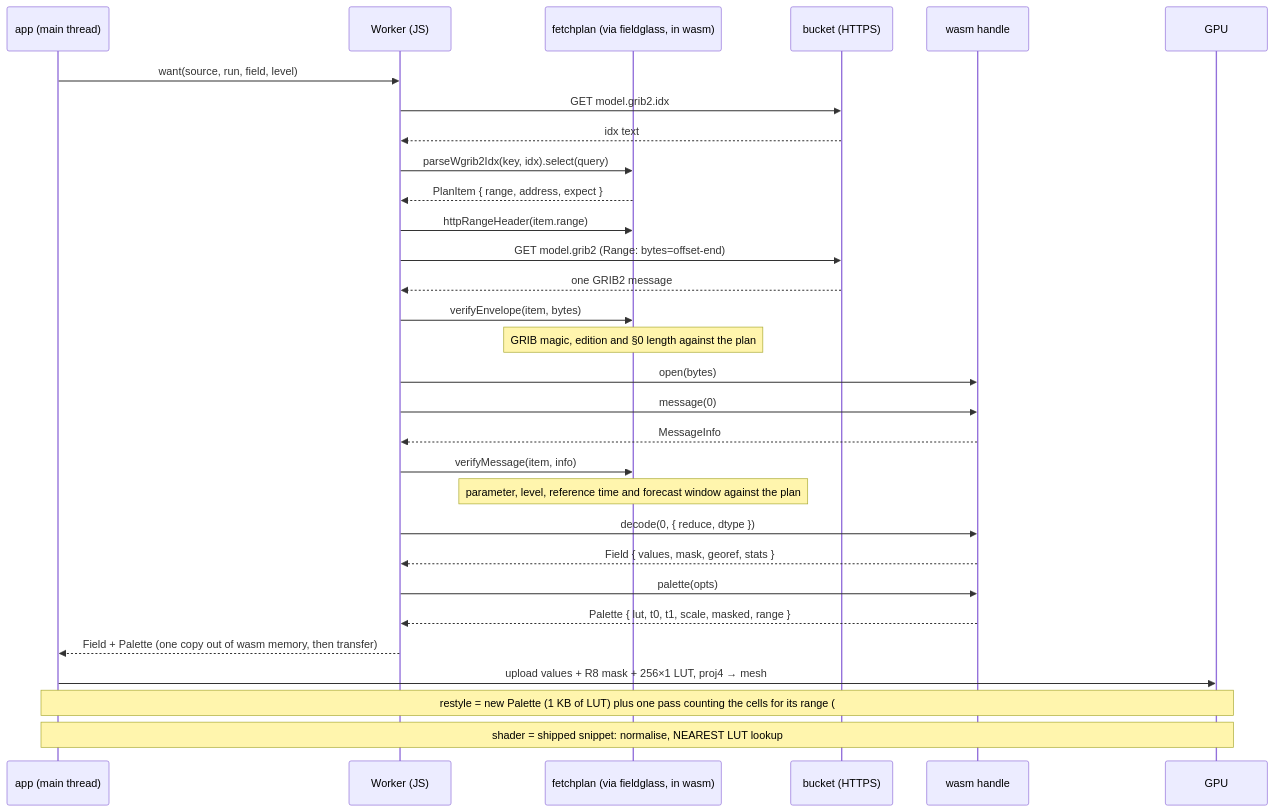
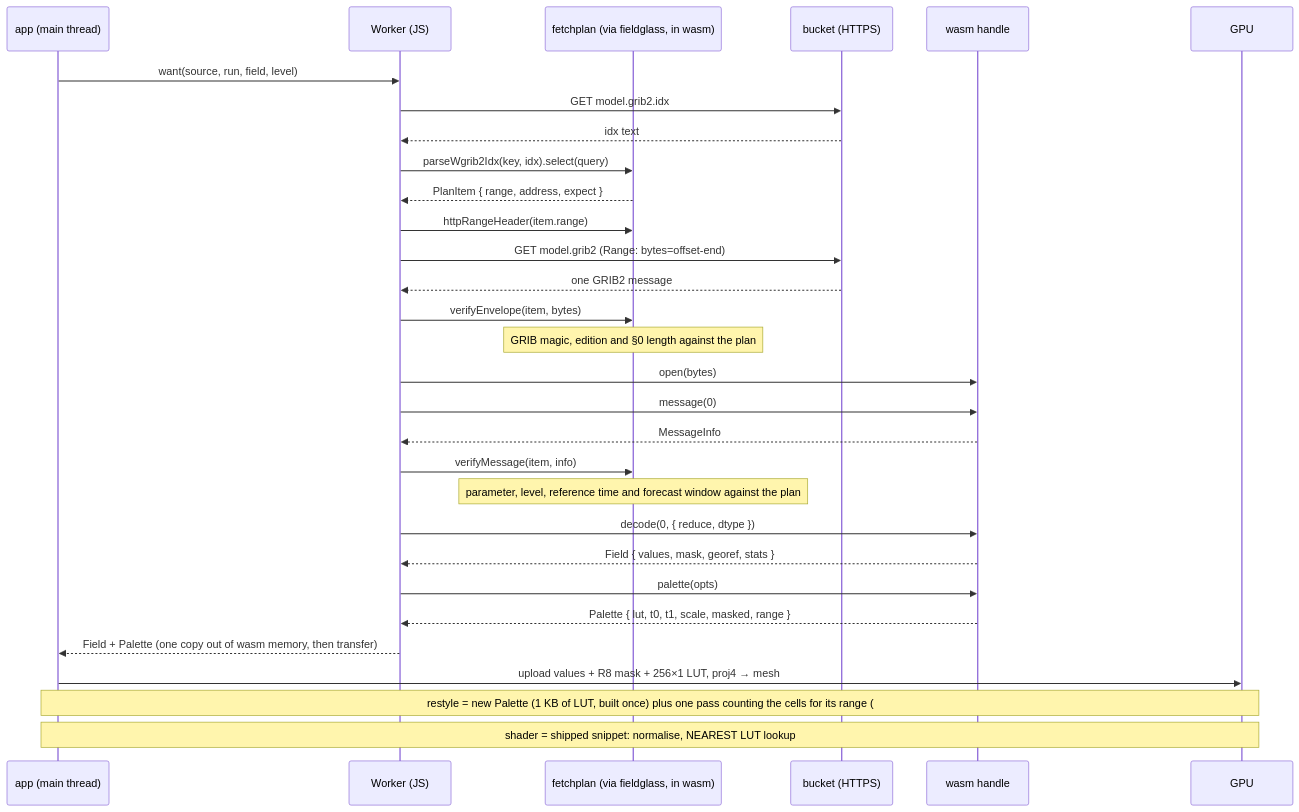
One commit to D0ubleD0uble/fieldglass changed the third of 3 diagrams in docs/architecture/planned/04-hosts.md. Above: the diagram before and after it, drawn with Mermaid. The commit also changed 6 other files, not shown here.

First line of the commit message:
perf(fieldglass): palette and its range from one build

````diff
--- a/docs/architecture/planned/04-hosts.md
+++ b/docs/architecture/planned/04-hosts.md
@@ -117,33 +117,33 @@
 ```mermaid
 sequenceDiagram
     participant A as app (main thread)
     participant W as Worker (JS)
     participant P as fetchplan (via fieldglass, in wasm)
     participant B as bucket (HTTPS)
     participant H as wasm handle
     participant G as GPU
 
     A->>W: want(source, run, field, level)
     W->>B: GET model.grib2.idx
     B-->>W: idx text
     W->>P: parseWgrib2Idx(key, idx).select(query)
     P-->>W: PlanItem { range, address, expect }
     W->>P: httpRangeHeader(item.range)
     W->>B: GET model.grib2 (Range: bytes=offset-end)
     B-->>W: one GRIB2 message
     W->>P: verifyEnvelope(item, bytes)
     Note over P: GRIB magic, edition and §0 length against the plan
     W->>H: open(bytes)
     W->>H: message(0)
     H-->>W: MessageInfo
     W->>P: verifyMessage(item, info)
     Note over P: parameter, level, reference time and forecast window against the plan
     W->>H: decode(0, { reduce, dtype })
     H-->>W: Field { values, mask, georef, stats }
     W->>H: palette(opts)
     H-->>W: Palette { lut, t0, t1, scale, masked, range }
     W-->>A: Field + Palette (one copy out of wasm memory, then transfer)
     A->>G: upload values + R8 mask + 256×1 LUT, proj4 → mesh
-    Note over A,G: restyle = new Palette (1 KB of LUT) plus one pass counting the cells for its range (#1156), no re-decode
+    Note over A,G: restyle = new Palette (1 KB of LUT, built once) plus one pass counting the cells for its range (#1156, #1196), no re-decode
     Note over A,G: shader = shipped snippet: normalise, NEAREST LUT lookup
 ```
````
